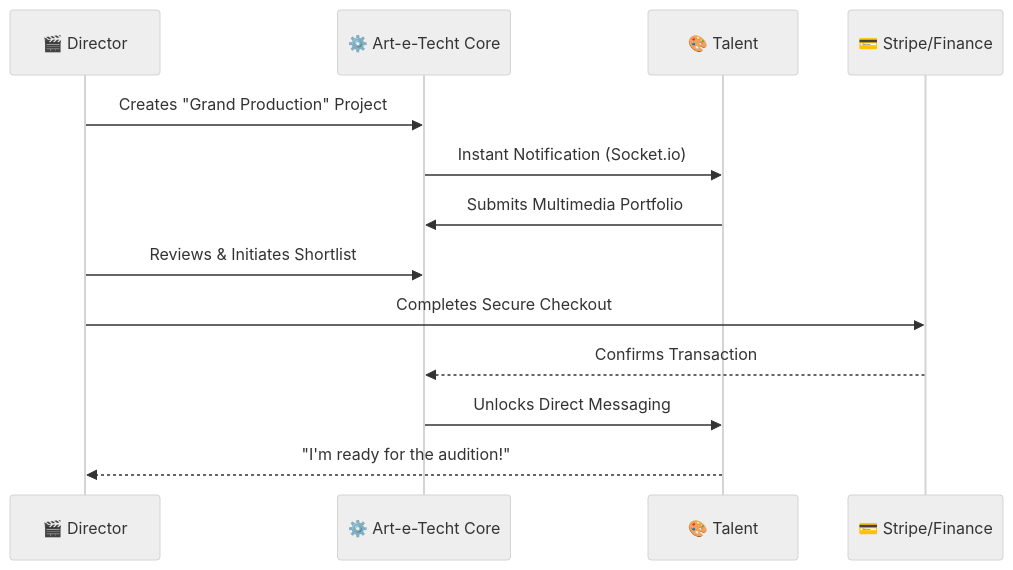
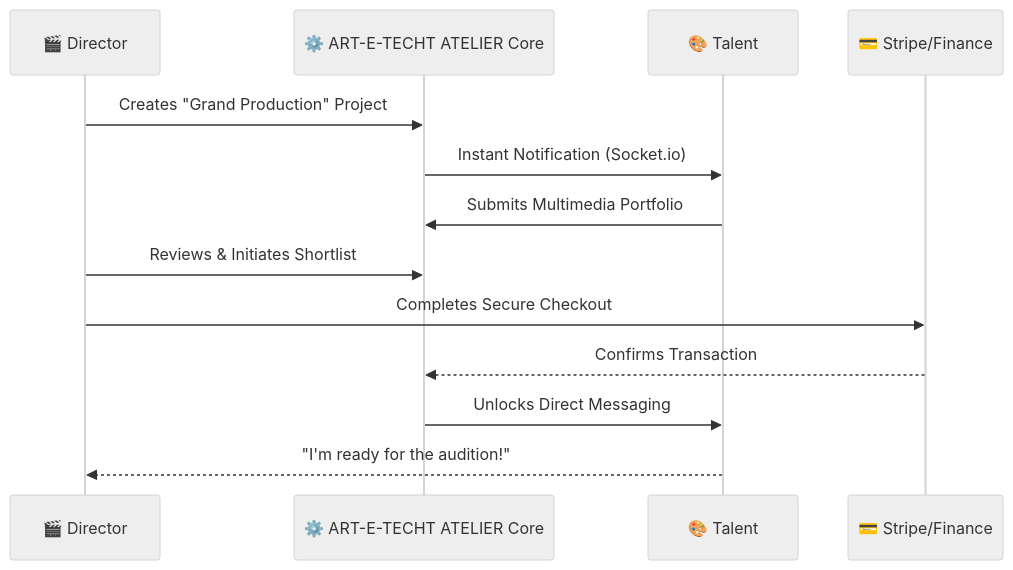
One commit to lakshya-hidau/Art-e-Techt changed the diagram in README.md. Above: the diagram before and after it, drawn with Mermaid (neutral theme). The commit also changed other lines of this file and 73 other files, not shown here.

````diff
--- a/README.md
+++ b/README.md
@@ -31,16 +31,16 @@
 ```mermaid
 sequenceDiagram
     participant D as 🎬 Director
-    participant S as ⚙️ Art-e-Techt Core
+    participant S as ⚙️ ART-E-TECHT ATELIER Core
     participant T as 🎨 Talent
     participant P as 💳 Stripe/Finance
 
     D->>S: Creates "Grand Production" Project
     S->>T: Instant Notification (Socket.io)
     T->>S: Submits Multimedia Portfolio
     D->>S: Reviews & Initiates Shortlist
     D->>P: Completes Secure Checkout
     P-->>S: Confirms Transaction
     S->>T: Unlocks Direct Messaging
     T-->>D: "I'm ready for the audition!"
 ```
````
